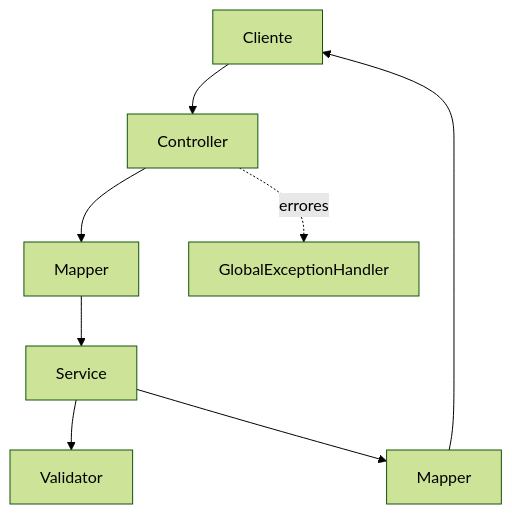
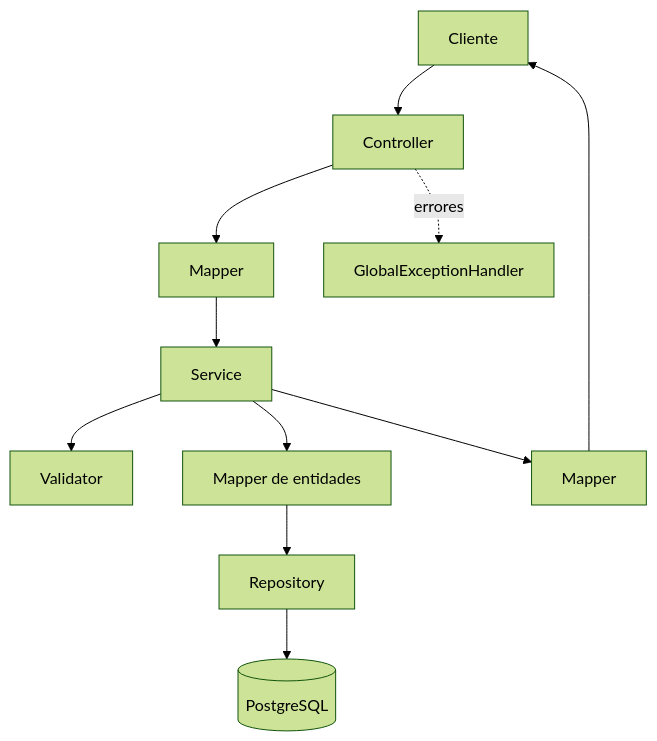
Before and after one commit to JUANNICOLASA/Bitacora_Corte2_NicolasAlvarez: the first of 3 diagrams in README.md, drawn with Mermaid (forest theme). The commit also changed other lines of this file and 69 other files, not shown here.

Commit message:
Persistencia con PostgreSQL, definicion de roles y evidencias

````diff
--- a/README.md
+++ b/README.md
@@ -87,10 +96,13 @@
 ```mermaid
 flowchart TD
     C["Cliente"] --> CTRL["Controller"]
     CTRL --> M1["Mapper"]
     M1 --> SVC["Service"]
     SVC --> VAL["Validator"]
+    SVC --> ME["Mapper de entidades"]
+    ME --> REPO["Repository"]
+    REPO --> DB[("PostgreSQL")]
     SVC --> M2["Mapper"]
     M2 --> C
     CTRL -. errores .-> GEH["GlobalExceptionHandler"]
 ```
````
